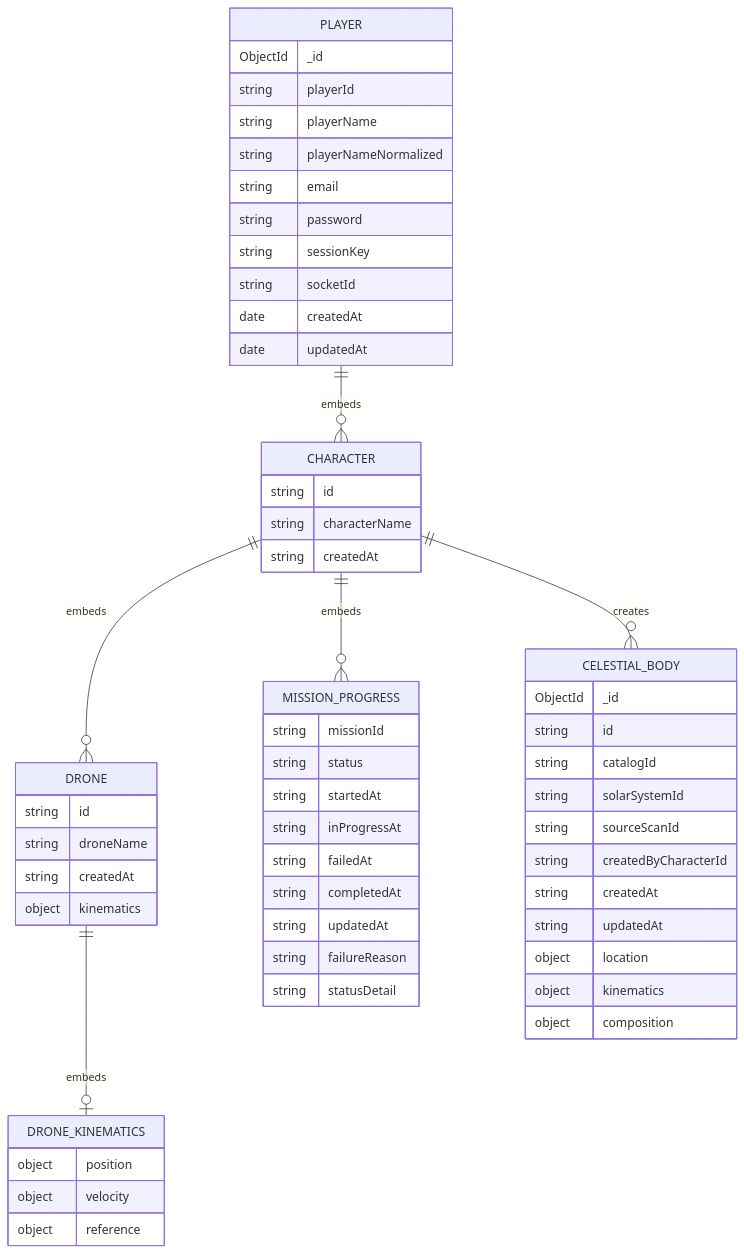
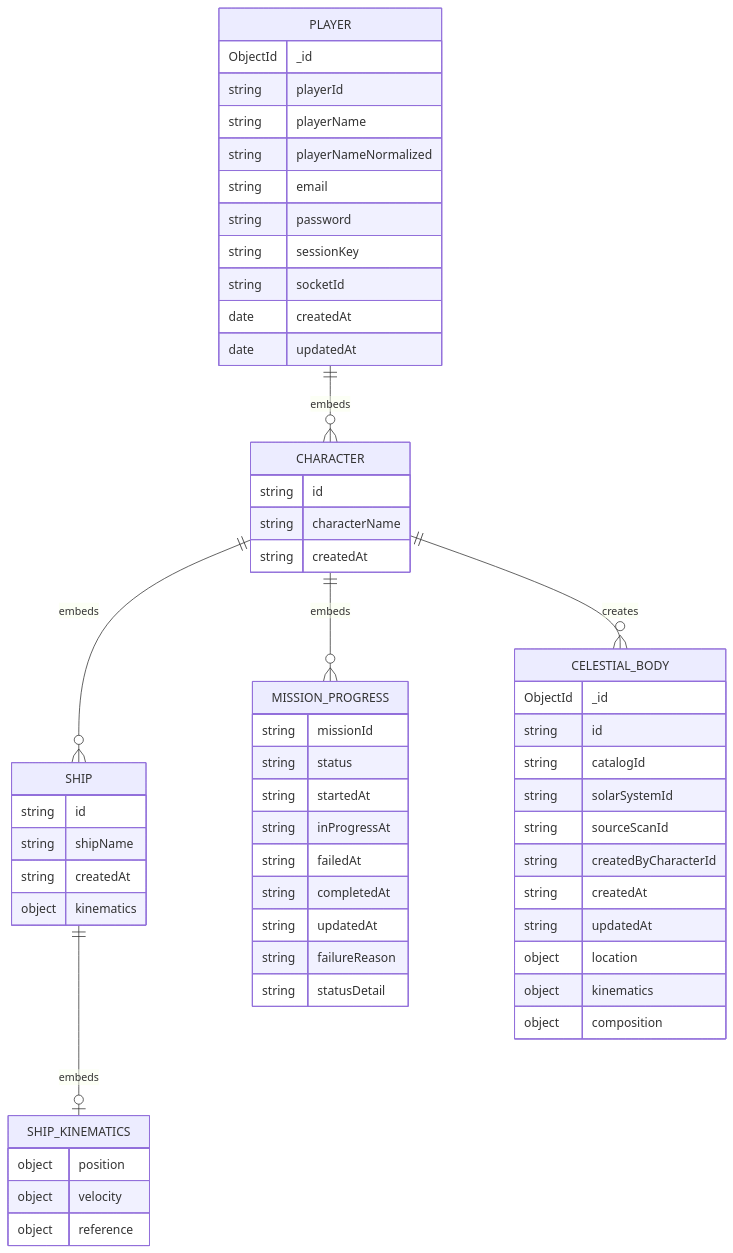
One commit to qagwaai/solid-train changed the diagram in MONGODB_SCHEMA.md. Above: the diagram before and after it, drawn with Mermaid. The commit also changed other lines of this file and 17 other files, not shown here.

Commit message:
move from drone to ship

````diff
--- a/MONGODB_SCHEMA.md
+++ b/MONGODB_SCHEMA.md
@@ -22,66 +22,66 @@
 ```mermaid
 erDiagram
   PLAYER ||--o{ CHARACTER : embeds
-  CHARACTER ||--o{ DRONE : embeds
+  CHARACTER ||--o{ SHIP : embeds
   CHARACTER ||--o{ MISSION_PROGRESS : embeds
   CHARACTER ||--o{ CELESTIAL_BODY : creates
-  DRONE ||--o| DRONE_KINEMATICS : embeds
+  SHIP ||--o| SHIP_KINEMATICS : embeds
 
   PLAYER {
     ObjectId _id
     string playerId
     string playerName
     string playerNameNormalized
     string email
     string password
     string sessionKey
     string socketId
     date createdAt
     date updatedAt
   }
 
   CHARACTER {
     string id
     string characterName
     string createdAt
   }
 
   MISSION_PROGRESS {
     string missionId
     string status
     string startedAt
     string inProgressAt
     string failedAt
     string completedAt
     string updatedAt
     string failureReason
     string statusDetail
   }
 
-  DRONE {
+  SHIP {
     string id
-    string droneName
+    string shipName
     string createdAt
     object kinematics
   }
 
-  DRONE_KINEMATICS {
+  SHIP_KINEMATICS {
     object position
     object velocity
     object reference
   }
 
   CELESTIAL_BODY {
     ObjectId _id
     string id
     string catalogId
     string solarSystemId
     string sourceScanId
     string createdByCharacterId
     string createdAt
     string updatedAt
     object location
     object kinematics
     object composition
   }
 ```
````
